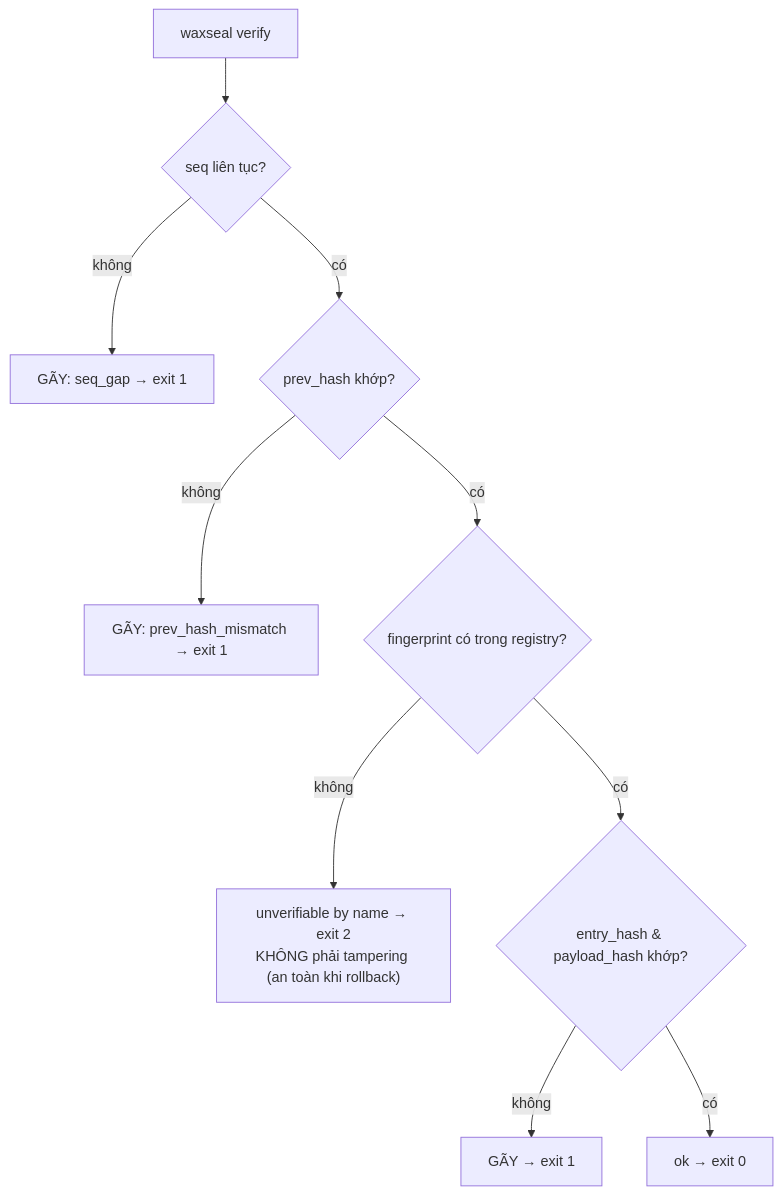
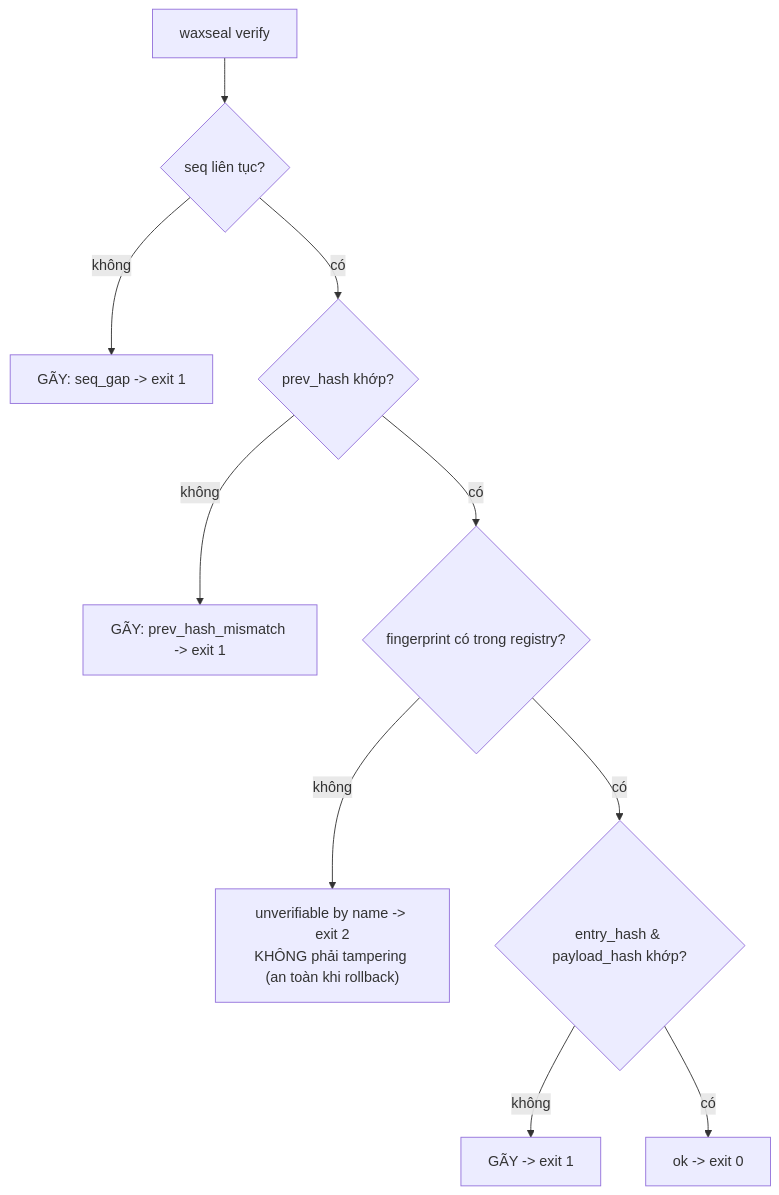
One commit to cuongbphv/waxseal changed the third of 4 diagrams in README.vi.md. Above: the diagram before and after it, drawn with Mermaid. The commit also changed other lines of this file and 8 other files, not shown here.

````diff
--- a/README.vi.md
+++ b/README.vi.md
@@ -111,12 +111,12 @@
 ```mermaid
 flowchart TD
     V["waxseal verify"] --> Q1{"seq liên tục?"}
-    Q1 -- "không" --> X1["GÃY: seq_gap → exit 1"]
+    Q1 -- "không" --> X1["GÃY: seq_gap -> exit 1"]
     Q1 -- "có" --> Q2{"prev_hash khớp?"}
-    Q2 -- "không" --> X2["GÃY: prev_hash_mismatch → exit 1"]
+    Q2 -- "không" --> X2["GÃY: prev_hash_mismatch -> exit 1"]
     Q2 -- "có" --> Q3{"fingerprint có trong registry?"}
-    Q3 -- "không" --> U["unverifiable by name → exit 2<br/>KHÔNG phải tampering (an toàn khi rollback)"]
+    Q3 -- "không" --> U["unverifiable by name -> exit 2<br/>KHÔNG phải tampering (an toàn khi rollback)"]
     Q3 -- "có" --> Q4{"entry_hash & payload_hash khớp?"}
-    Q4 -- "không" --> X3["GÃY → exit 1"]
-    Q4 -- "có" --> OK["ok → exit 0"]
+    Q4 -- "không" --> X3["GÃY -> exit 1"]
+    Q4 -- "có" --> OK["ok -> exit 0"]
 ```
````
